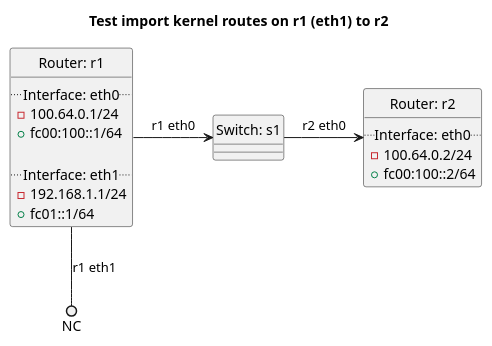
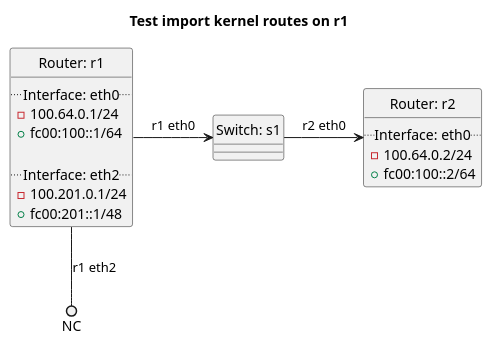
One commit to oscdev-io/birdplan changed the diagram in tests/t40_bgp/t22_import_kernel/README.md. Above: the diagram before and after it, drawn with PlantUML. The commit also changed other lines of this file and 1499 other files, not shown here.

````diff
--- a/tests/t40_bgp/t22_import_kernel/README.md
+++ b/tests/t40_bgp/t22_import_kernel/README.md
@@ -30,33 +28,33 @@
 ```plantuml
 @startuml
 hide circle
-title Test import kernel routes on r1 (eth1) to r2
+title Test import kernel routes on r1
 
 
 class "Router: r1" {
   .. Interface: eth0 ..
 - 100.64.0.1/24
 + fc00:100::1/64
 
-  .. Interface: eth1 ..
-- 192.168.1.1/24
-+ fc01::1/64
+  .. Interface: eth2 ..
+- 100.201.0.1/24
++ fc00:201::1/48
 }
 
 
 class "Router: r2" {
   .. Interface: eth0 ..
 - 100.64.0.2/24
 + fc00:100::2/64
 }
 
 
 class "Switch: s1" {}
 
 
 "Router: r1" -> "Switch: s1": r1 eth0
 "Switch: s1" -> "Router: r2": r2 eth0
-"Router: r1" --() NC: r1 eth1
+"Router: r1" --() NC: r1 eth2
 
 @enduml
 ```
````
